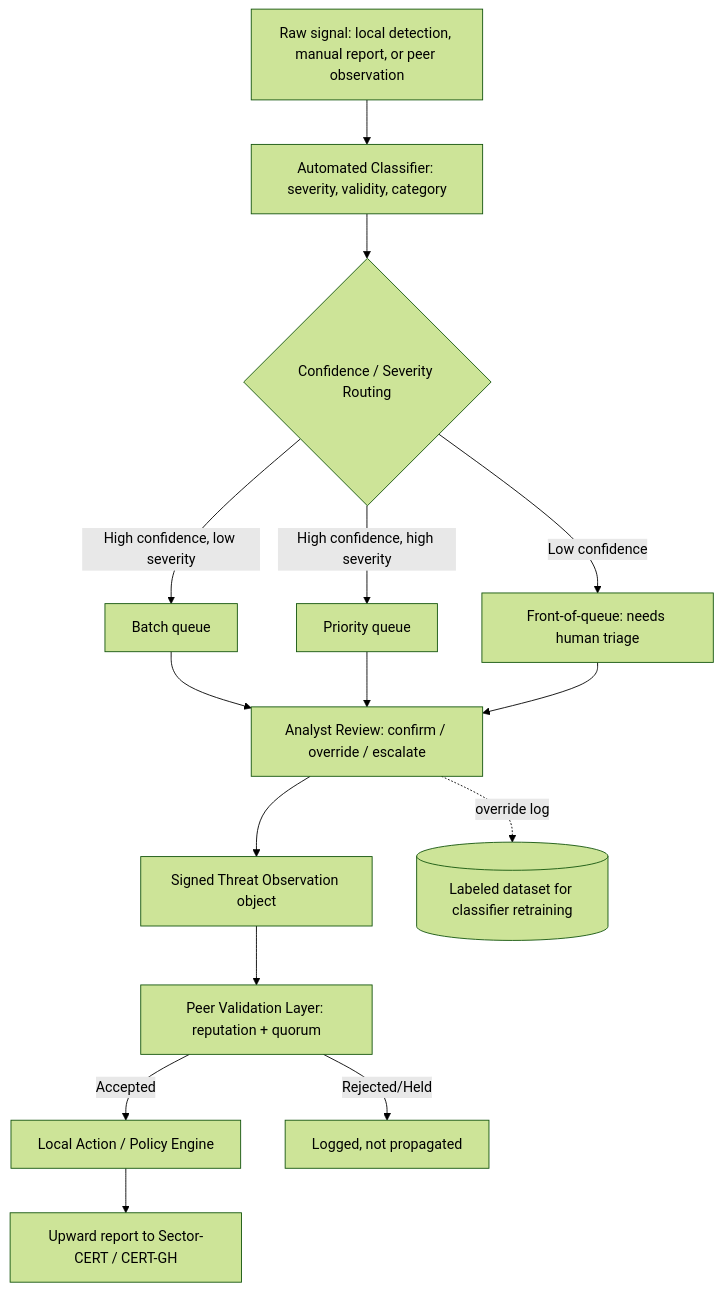
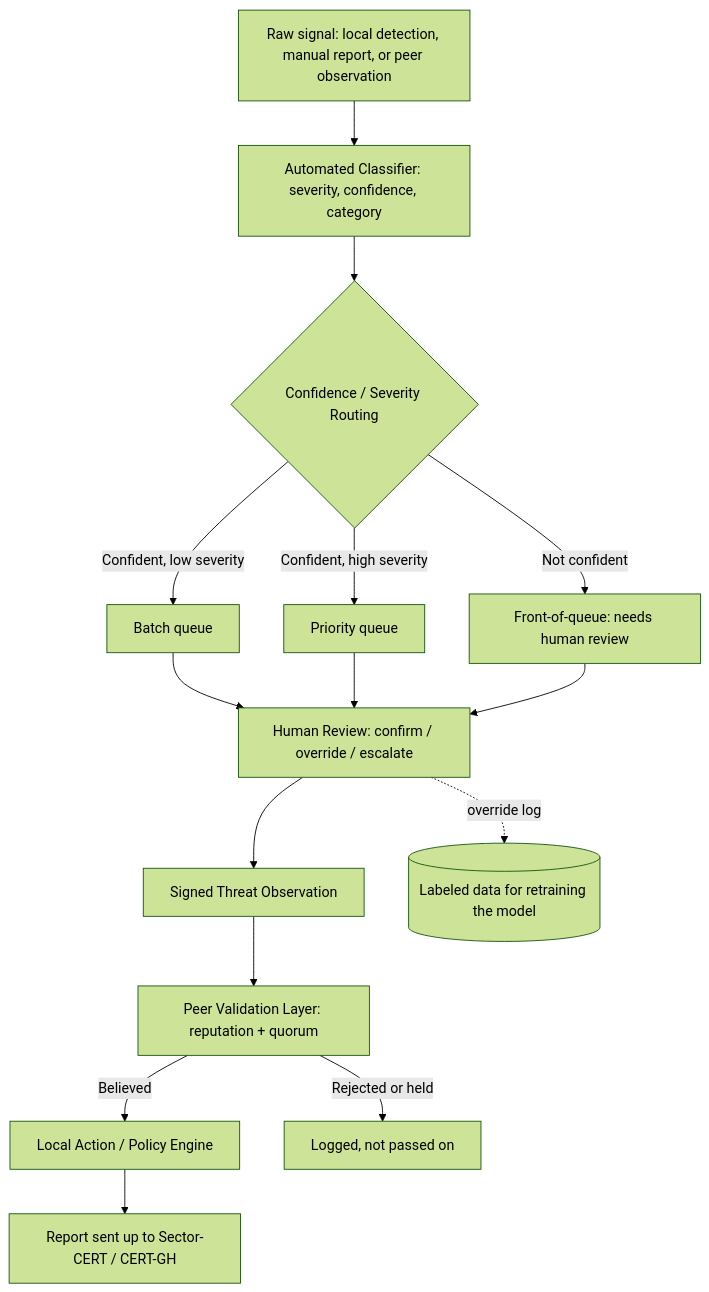
One commit to DevInBlack001/cti-platform changed the diagram in docs/architecture.md. Above: the diagram before and after it, drawn with Mermaid (forest theme). The commit also changed other lines of this file and 7 other files, not shown here.

````diff
--- a/docs/architecture.md
+++ b/docs/architecture.md
@@ -62,17 +71,17 @@
 ```mermaid
 flowchart TD
-    A[Raw signal: local detection, manual report, or peer observation] --> B[Automated Classifier: severity, validity, category]
+    A[Raw signal: local detection, manual report, or peer observation] --> B[Automated Classifier: severity, confidence, category]
     B --> C{Confidence / Severity Routing}
-    C -->|High confidence, low severity| D[Batch queue]
-    C -->|High confidence, high severity| E[Priority queue]
-    C -->|Low confidence| F[Front-of-queue: needs human triage]
-    D --> G[Analyst Review: confirm / override / escalate]
+    C -->|Confident, low severity| D[Batch queue]
+    C -->|Confident, high severity| E[Priority queue]
+    C -->|Not confident| F[Front-of-queue: needs human review]
+    D --> G[Human Review: confirm / override / escalate]
     E --> G
     F --> G
-    G --> H[Signed Threat Observation object]
+    G --> H[Signed Threat Observation]
     H --> I[Peer Validation Layer: reputation + quorum]
-    I -->|Accepted| J[Local Action / Policy Engine]
-    I -->|Rejected/Held| K[Logged, not propagated]
-    J --> L[Upward report to Sector-CERT / CERT-GH]
-    G -.override log.-> M[(Labeled dataset for classifier retraining)]
+    I -->|Believed| J[Local Action / Policy Engine]
+    I -->|Rejected or held| K[Logged, not passed on]
+    J --> L[Report sent up to Sector-CERT / CERT-GH]
+    G -.override log.-> M[(Labeled data for retraining the model)]
 ```
````
